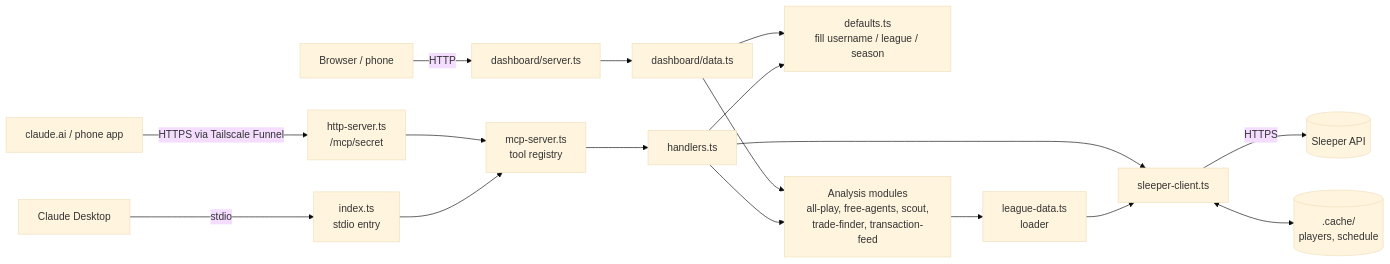
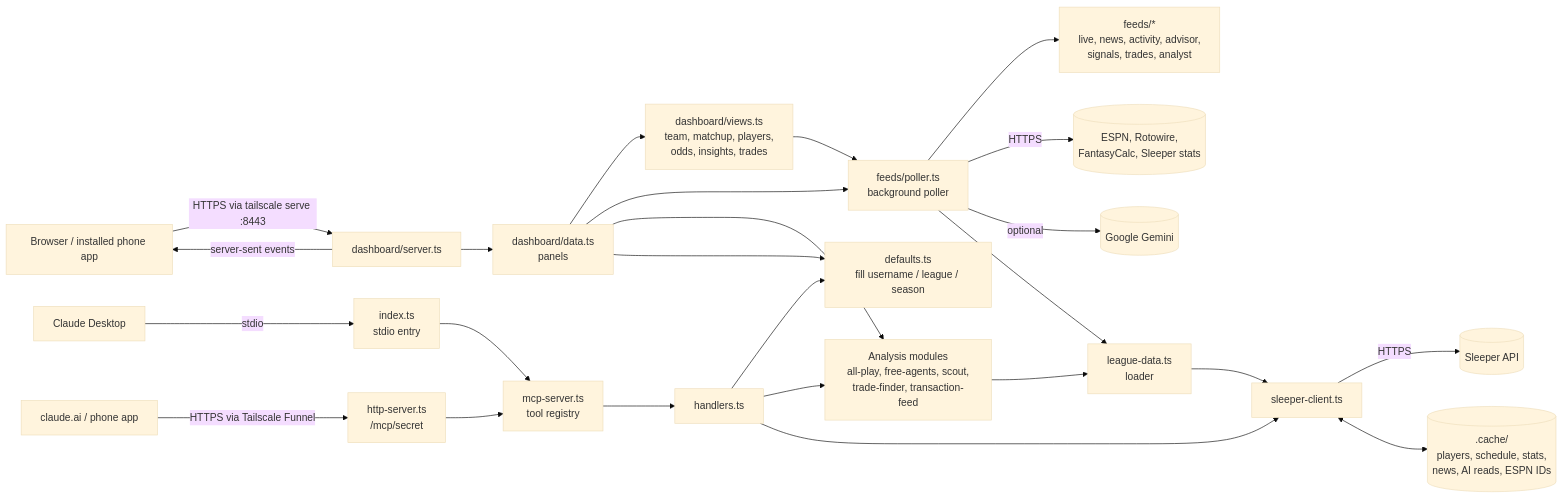
The diagram in PROJECT.md (adnvanv/sleeper-mcp), drawn with Mermaid (base theme) before and after one commit. The commit also changed other lines of this file and 1 other file, not shown here.

````diff
--- a/PROJECT.md
+++ b/PROJECT.md
@@ -58,19 +65,27 @@
 ```mermaid
 flowchart LR
     CD[Claude Desktop] -- stdio --> IDX[index.ts<br/>stdio entry]
     CA[claude.ai / phone app] -- HTTPS via Tailscale Funnel --> HTTP[http-server.ts<br/>/mcp/secret]
     IDX --> MS[mcp-server.ts<br/>tool registry]
     HTTP --> MS
     MS --> H[handlers.ts]
     H --> DEF[defaults.ts<br/>fill username / league / season]
     H --> AN[Analysis modules<br/>all-play, free-agents, scout,<br/>trade-finder, transaction-feed]
-    BR[Browser / phone] -- HTTP --> SRV[dashboard/server.ts]
-    SRV --> DATA[dashboard/data.ts]
+    BR[Browser / installed phone app] -- HTTPS via tailscale serve :8443 --> SRV[dashboard/server.ts]
+    SRV --> DATA[dashboard/data.ts<br/>panels]
+    SRV -- server-sent events --> BR
+    DATA --> VIEWS[dashboard/views.ts<br/>team, matchup, players,<br/>odds, insights, trades]
+    DATA --> POLL[feeds/poller.ts<br/>background poller]
+    VIEWS --> POLL
+    POLL --> FEEDS[feeds/*<br/>live, news, activity, advisor,<br/>signals, trades, analyst]
+    POLL -- HTTPS --> EXT[(ESPN, Rotowire,<br/>FantasyCalc, Sleeper stats)]
+    POLL -- optional --> GEM[(Google Gemini)]
     DATA --> AN
     DATA --> DEF
+    POLL --> LD
     AN --> LD[league-data.ts<br/>loader]
     LD --> SC[sleeper-client.ts]
     H --> SC
     SC -- HTTPS --> API[(Sleeper API)]
-    SC <--> CACHE[(.cache/<br/>players, schedule)]
+    SC <--> CACHE[(.cache/<br/>players, schedule, stats,<br/>news, AI reads, ESPN IDs)]
 ```
````
